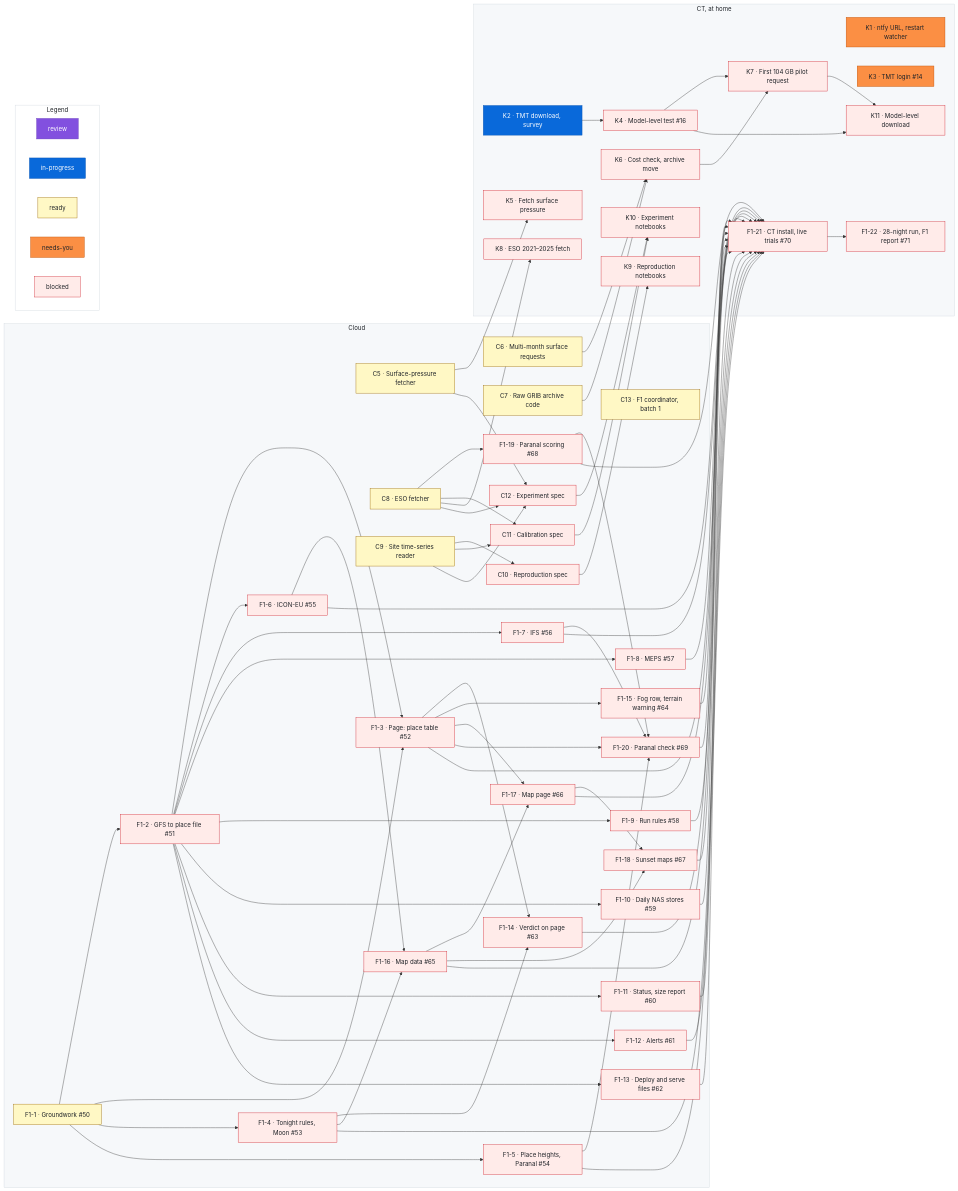
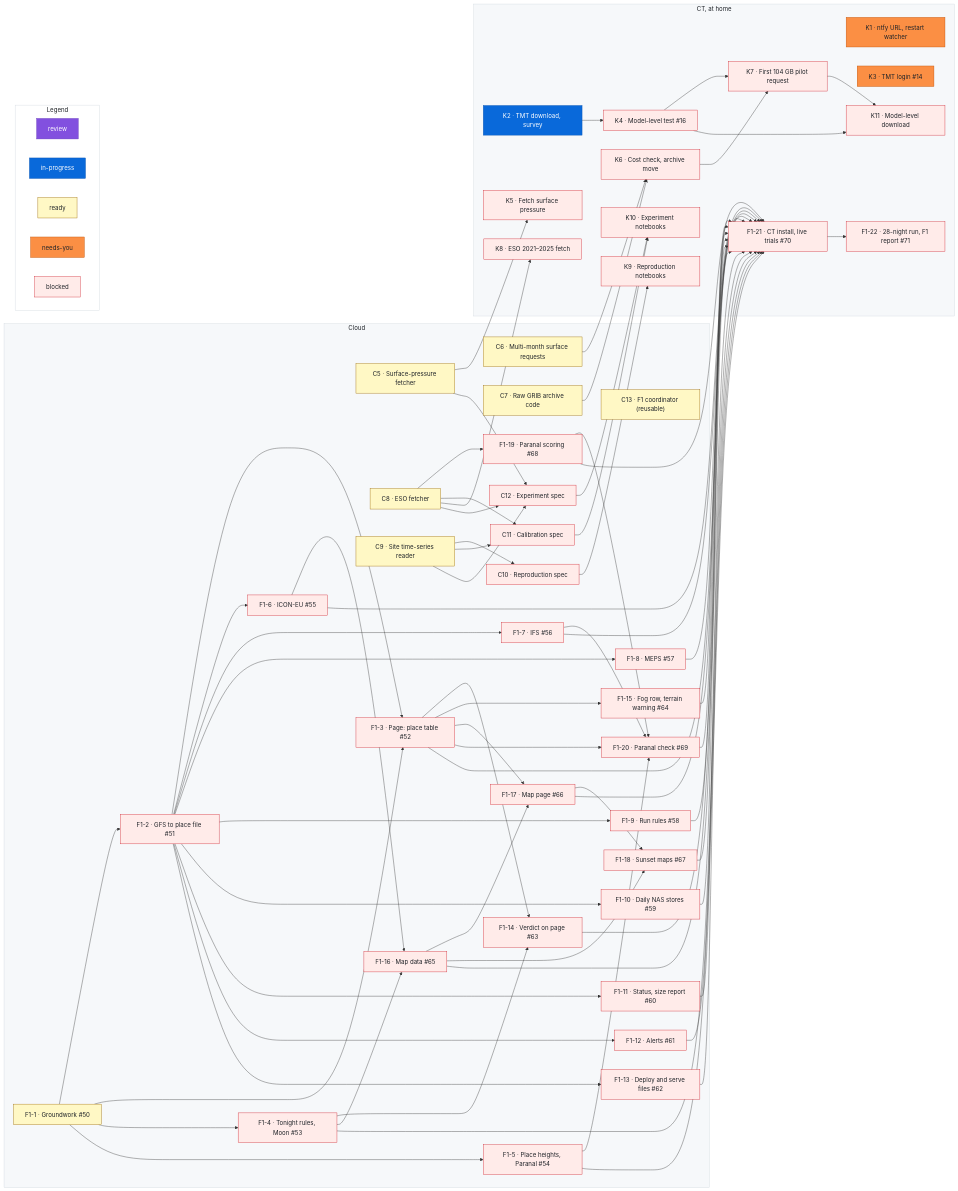
The diagram in docs/roadmap.md (rrweller/Astro-seeing), drawn with Mermaid before and after one commit. The commit also changed other lines of this file and 1 other file, not shown here.

First line of the commit message:
C13: make the F1 coordinator reusable (D93 amended)

```diff
--- a/docs/roadmap.md
+++ b/docs/roadmap.md
@@ -117,7 +117,7 @@
     C10["C10 · Reproduction spec"]
     C11["C11 · Calibration spec"]
     C12["C12 · Experiment spec"]
-    C13["C13 · F1 coordinator, batch 1"]
+    C13["C13 · F1 coordinator (reusable)"]
     F1_1["F1-1 · Groundwork #50"]
     F1_2["F1-2 · GFS to place file #51"]
     F1_3["F1-3 · Page: place table #52"]
```
